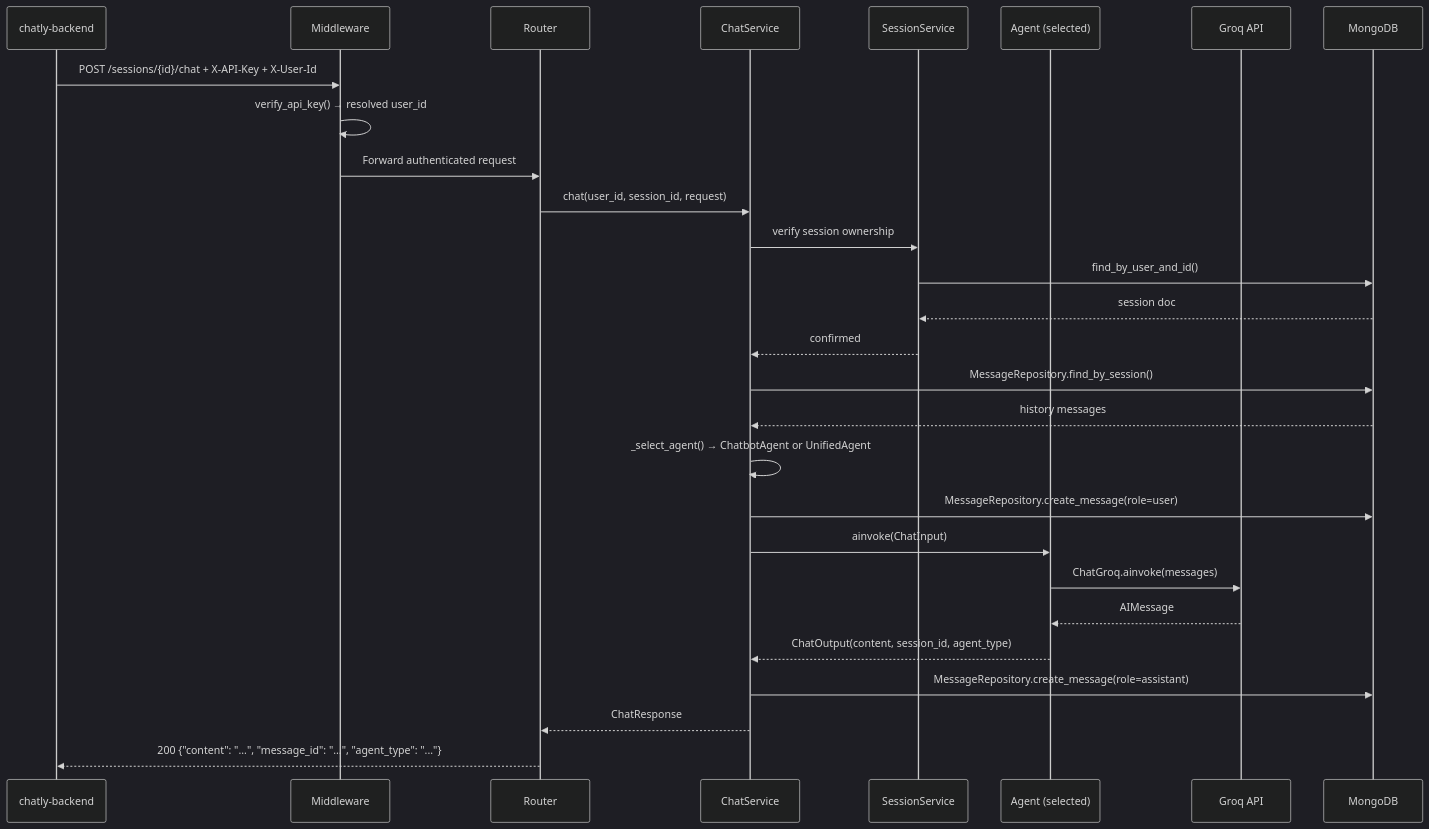
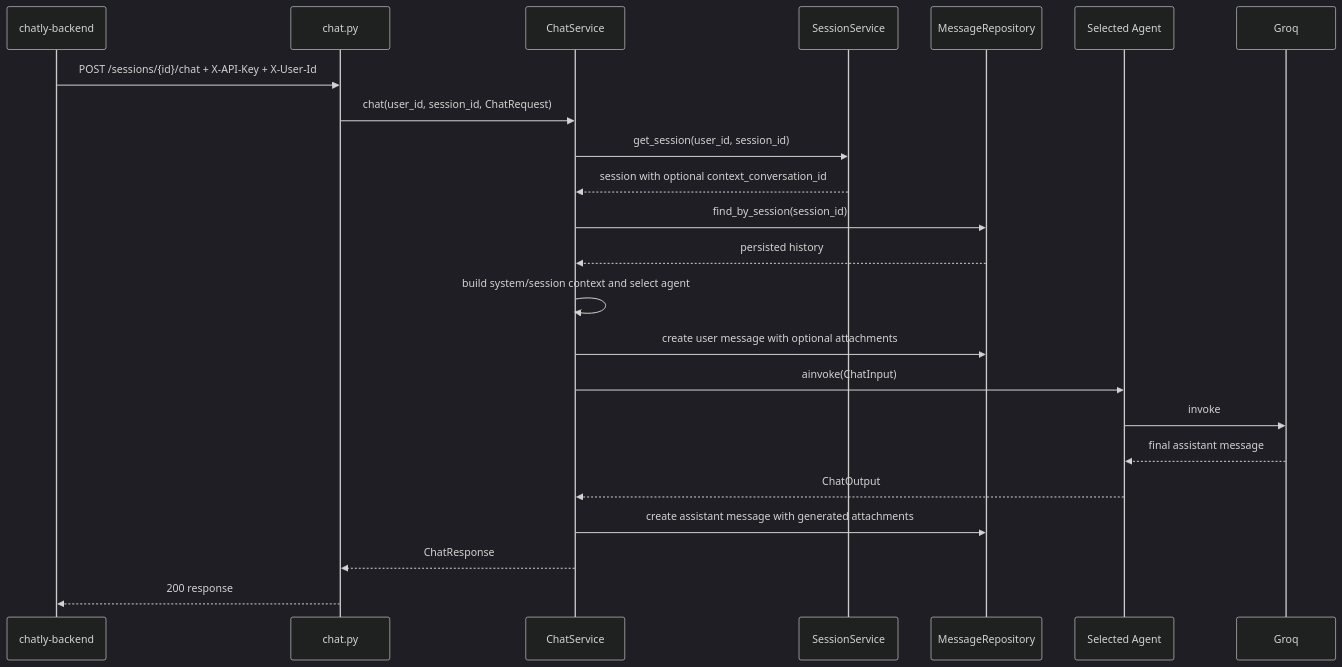
The third of 12 diagrams in chatly-agent/ARCHITECTURE.md (giasinguyen/chatly-messaging-platform), drawn with Mermaid (dark theme) before and after one commit. The commit also changed other lines of this file and 2 other files, not shown here.

First line of the commit message:
refactor: update README.md to reflect new Chatly Agent features and architecture

````diff
--- a/chatly-agent/ARCHITECTURE.md
+++ b/chatly-agent/ARCHITECTURE.md
@@ -129,31 +140,26 @@
 ```mermaid
 sequenceDiagram
-    participant C as chatly-backend
-    participant MW as Middleware
-    participant R as Router
+    participant B as chatly-backend
+    participant R as chat.py
     participant CS as ChatService
     participant SS as SessionService
-    participant A as Agent (selected)
-    participant LLM as Groq API
-    participant DB as MongoDB
+    participant MR as MessageRepository
+    participant A as Selected Agent
+    participant LLM as Groq
 
-    C->>MW: POST /sessions/{id}/chat + X-API-Key + X-User-Id
-    MW->>MW: verify_api_key() → resolved user_id
-    MW->>R: Forward authenticated request
-    R->>CS: chat(user_id, session_id, request)
-    CS->>SS: verify session ownership
-    SS->>DB: find_by_user_and_id()
-    DB-->>SS: session doc
-    SS-->>CS: confirmed
-    CS->>DB: MessageRepository.find_by_session()
-    DB-->>CS: history messages
-    CS->>CS: _select_agent() → ChatbotAgent or UnifiedAgent
-    CS->>DB: MessageRepository.create_message(role=user)
+    B->>R: POST /sessions/{id}/chat + X-API-Key + X-User-Id
+    R->>CS: chat(user_id, session_id, ChatRequest)
+    CS->>SS: get_session(user_id, session_id)
+    SS-->>CS: session with optional context_conversation_id
+    CS->>MR: find_by_session(session_id)
+    MR-->>CS: persisted history
+    CS->>CS: build system/session context and select agent
+    CS->>MR: create user message with optional attachments
     CS->>A: ainvoke(ChatInput)
-    A->>LLM: ChatGroq.ainvoke(messages)
-    LLM-->>A: AIMessage
-    A-->>CS: ChatOutput(content, session_id, agent_type)
-    CS->>DB: MessageRepository.create_message(role=assistant)
+    A->>LLM: invoke
+    LLM-->>A: final assistant message
+    A-->>CS: ChatOutput
+    CS->>MR: create assistant message with generated attachments
     CS-->>R: ChatResponse
-    R-->>C: 200 {"content": "...", "message_id": "...", "agent_type": "..."}
+    R-->>B: 200 response
 ```
````
